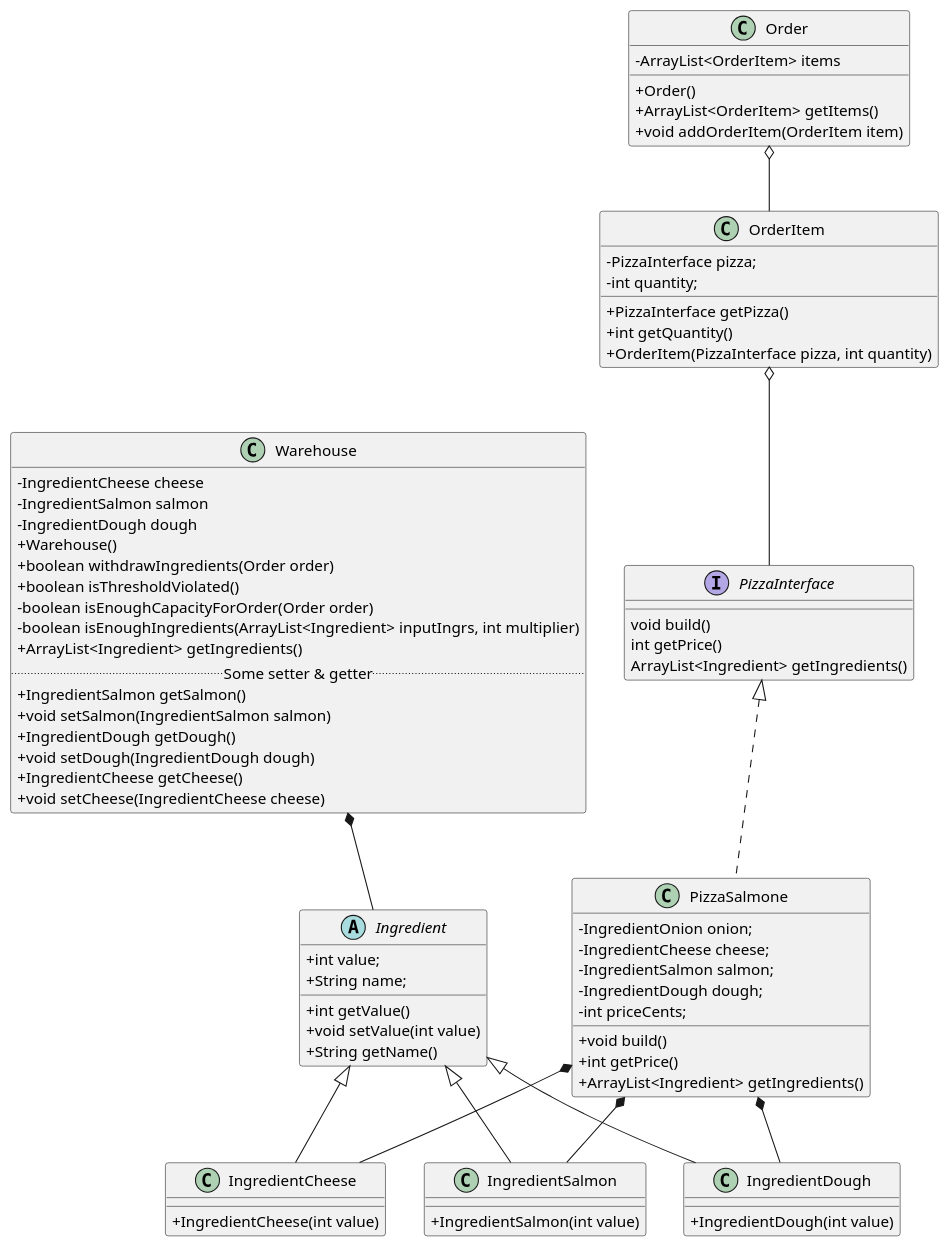
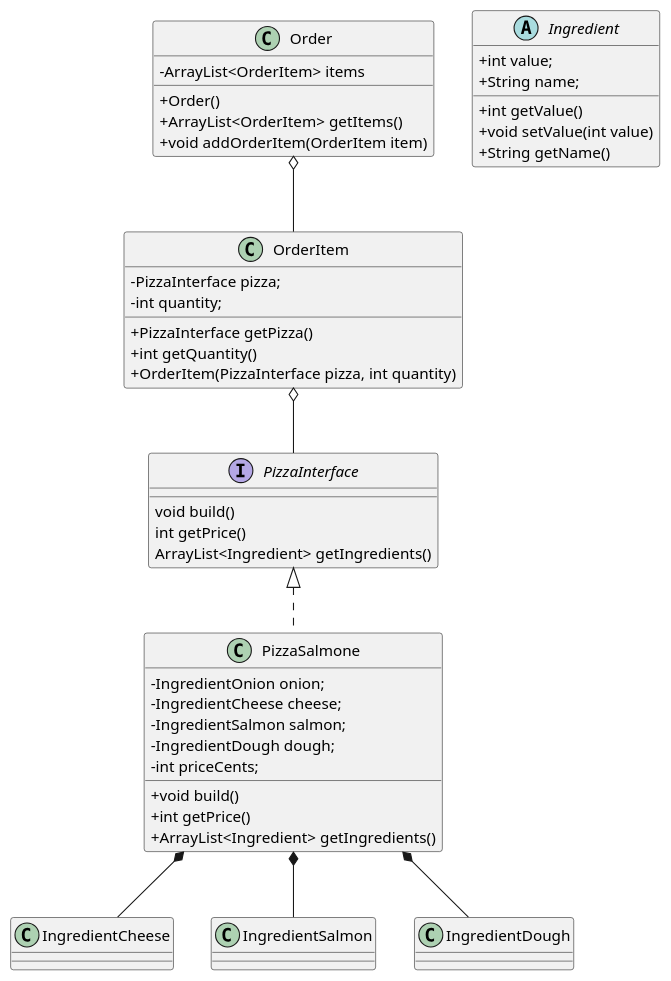
Before and after one commit to sometanjas/pizzeria_management_system: the diagram in class_diagram-pizzas.puml, drawn with PlantUML. The commit also changed 10 other files, not shown here.

```diff
--- a/class_diagram-pizzas.puml
+++ b/class_diagram-pizzas.puml
@@ -1,86 +1,55 @@
 @startuml
 skinparam classAttributeIconSize 0
 
 
-Warehouse *-- Ingredient
-
-class Warehouse {
--IngredientCheese cheese
--IngredientSalmon salmon
--IngredientDough dough
-+Warehouse()
-+boolean withdrawIngredients(Order order)
-+boolean isThresholdViolated()
--boolean isEnoughCapacityForOrder(Order order)
--boolean isEnoughIngredients(ArrayList<Ingredient> inputIngrs, int multiplier)
-+ArrayList<Ingredient> getIngredients()
-.. Some setter & getter ..
-+IngredientSalmon getSalmon()
-+void setSalmon(IngredientSalmon salmon)
-+IngredientDough getDough()
-+void setDough(IngredientDough dough)
-+IngredientCheese getCheese()
-+void setCheese(IngredientCheese cheese)
-}
 
 Order o-- OrderItem
 
 OrderItem o-- PizzaInterface
 
 PizzaSalmone *-- IngredientCheese
 PizzaSalmone *-- IngredientSalmon
 PizzaSalmone *-- IngredientDough
 
 class Order {
 	- ArrayList<OrderItem> items
 	+ Order()
 	+ ArrayList<OrderItem> getItems()
 	+ void addOrderItem(OrderItem item)
 }
 
 abstract class Ingredient {
 + int value;
 	+ String name;
 	+int getValue()
 	+void setValue(int value)
 	+String getName()
 }
 
 interface PizzaInterface {
 	void build()
 	int getPrice()
 	ArrayList<Ingredient> getIngredients()
 }
 
 
 
 class OrderItem {
  -PizzaInterface pizza;
 	-int quantity;
 	+PizzaInterface getPizza()
 	+int getQuantity()
 	+OrderItem(PizzaInterface pizza, int quantity)
 }
 
 class PizzaSalmone implements PizzaInterface {
 	-IngredientOnion onion;
 	-IngredientCheese cheese;
 	-IngredientSalmon salmon;
 	-IngredientDough dough;
 	-int priceCents;
 	+void build()
 	+int getPrice()
 	+ArrayList<Ingredient> getIngredients()
 }
-
-class IngredientCheese extends Ingredient {
-	+IngredientCheese(int value)
-	}
-
-class IngredientSalmon extends Ingredient {
-	+IngredientSalmon(int value)
-}
-class IngredientDough extends Ingredient {
-	+IngredientDough(int value)
-}
 @enduml
```
